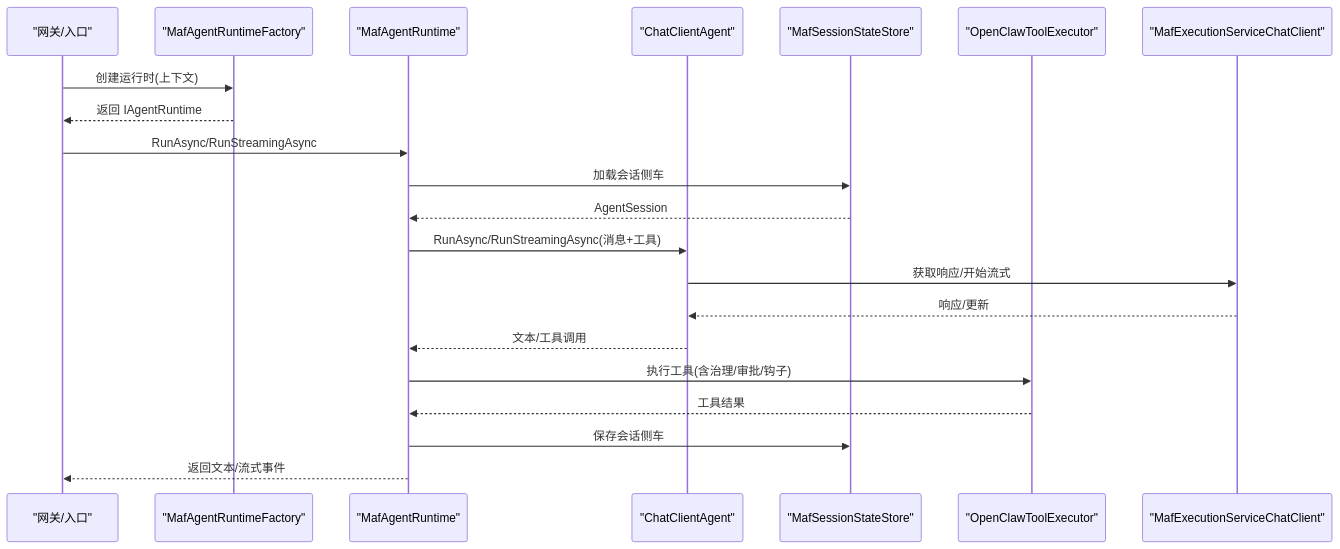
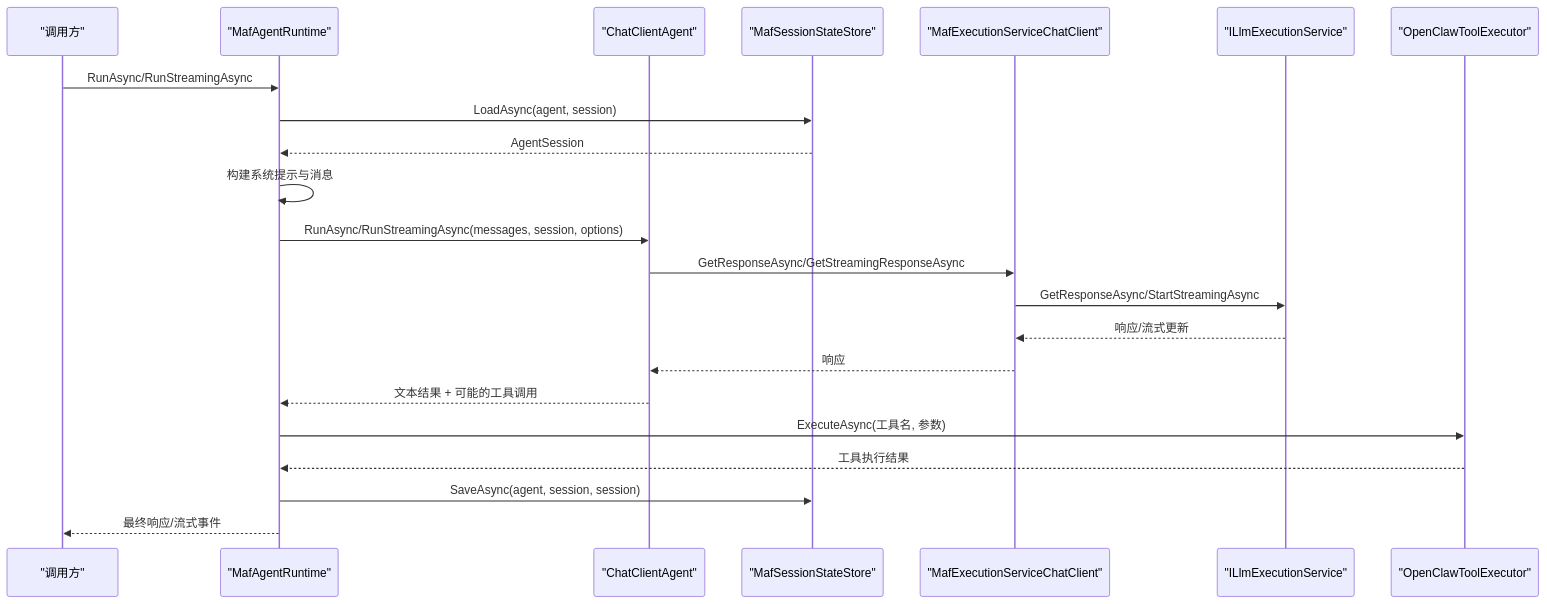
The second of 6 diagrams in .qoder/repowiki/zh/content/代理运行时/代理运行时.md (wayyet/kingcrab), drawn with Mermaid before and after one commit. The commit also changed other lines of this file and 431 other files, not shown here.

````diff
--- a/.qoder/repowiki/zh/content/代理运行时/代理运行时.md
+++ b/.qoder/repowiki/zh/content/代理运行时/代理运行时.md
@@ -123,23 +134,24 @@
 ```mermaid
 sequenceDiagram
-participant GW as "网关/入口"
-participant FAC as "MafAgentRuntimeFactory"
-participant RT as "MafAgentRuntime"
-participant AG as "ChatClientAgent"
-participant SS as "MafSessionStateStore"
-participant EX as "OpenClawToolExecutor"
-participant CC as "MafExecutionServiceChatClient"
-GW->>FAC : 创建运行时(上下文)
-FAC-->>GW : 返回 IAgentRuntime
-GW->>RT : RunAsync/RunStreamingAsync
-RT->>SS : 加载会话侧车
-SS-->>RT : AgentSession
-RT->>AG : RunAsync/RunStreamingAsync(消息+工具)
-AG->>CC : 获取响应/开始流式
-CC-->>AG : 响应/更新
-AG-->>RT : 文本/工具调用
-RT->>EX : 执行工具(含治理/审批/钩子)
-EX-->>RT : 工具结果
-RT->>SS : 保存会话侧车
-RT-->>GW : 返回文本/流式事件
+participant Client as "调用方"
+participant Runtime as "MafAgentRuntime"
+participant Agent as "ChatClientAgent"
+participant Store as "MafSessionStateStore"
+participant Chat as "MafExecutionServiceChatClient"
+participant Exec as "ILlmExecutionService"
+participant Tools as "OpenClawToolExecutor"
+Client->>Runtime : RunAsync/RunStreamingAsync
+Runtime->>Store : LoadAsync(agent, session)
+Store-->>Runtime : AgentSession
+Runtime->>Runtime : 构建系统提示与消息
+Runtime->>Agent : RunAsync/RunStreamingAsync(messages, session, options)
+Agent->>Chat : GetResponseAsync/GetStreamingResponseAsync
+Chat->>Exec : GetResponseAsync/StartStreamingAsync
+Exec-->>Chat : 响应/流式更新
+Chat-->>Agent : 响应
+Agent-->>Runtime : 文本结果 + 可能的工具调用
+Runtime->>Tools : ExecuteAsync(工具名, 参数)
+Tools-->>Runtime : 工具执行结果
+Runtime->>Store : SaveAsync(agent, session, session)
+Runtime-->>Client : 最终响应/流式事件
 ```
````
